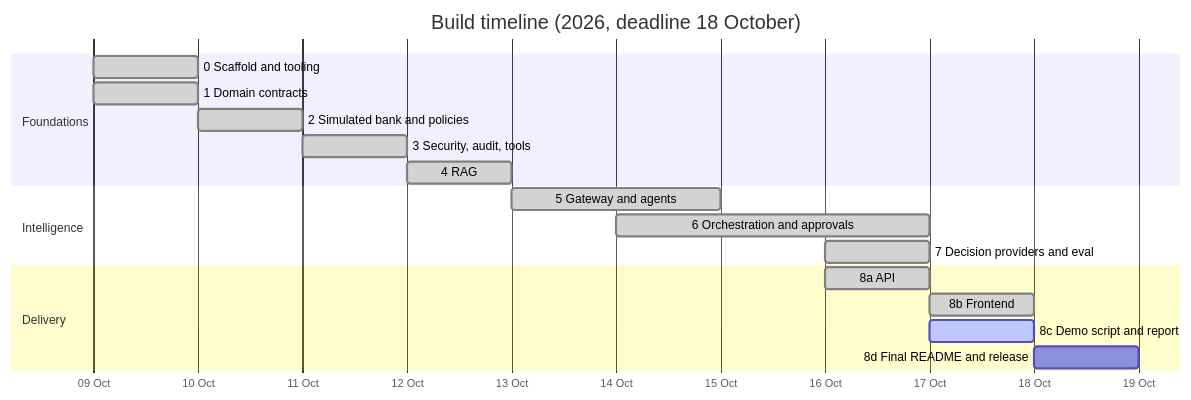
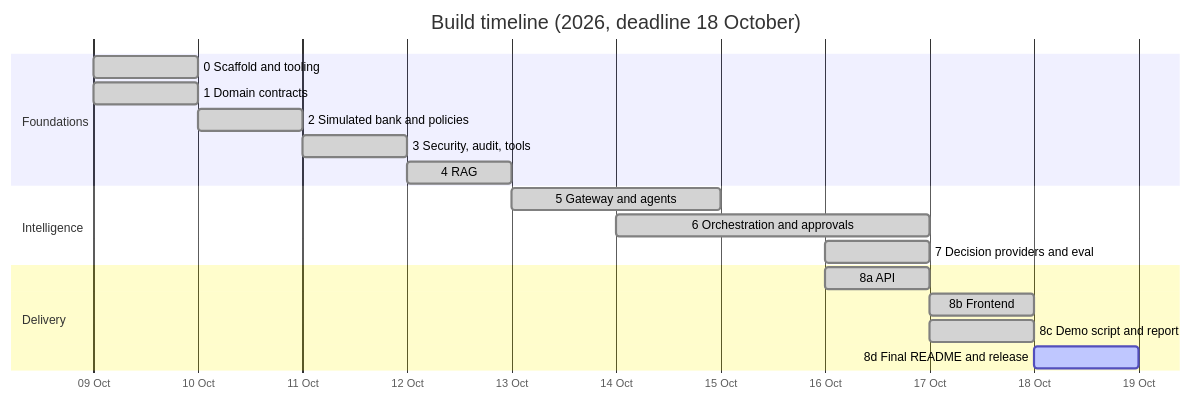
One commit to mk-2007/Agentic-Banking changed the sixth of 6 diagrams in README.md. Above: the diagram before and after it, drawn with Mermaid. The commit also changed other lines of this file and 8 other files, not shown here.

Commit message:
feat(demo): API-driven demo script, generated report and walkthrough (phase 8c)

````diff
--- a/README.md
+++ b/README.md
@@ -366,21 +366,21 @@
 ```mermaid
 gantt
     title Build timeline (2026, deadline 18 October)
     dateFormat YYYY-MM-DD
     axisFormat %d %b
     section Foundations
     0 Scaffold and tooling           :done, p0, 2026-10-09, 1d
     1 Domain contracts               :done, p1, 2026-10-09, 1d
     2 Simulated bank and policies    :done, p2, 2026-10-10, 1d
     3 Security, audit, tools         :done, p3, 2026-10-11, 1d
     4 RAG                            :done, p4, 2026-10-12, 1d
     section Intelligence
     5 Gateway and agents             :done, p5, 2026-10-13, 2d
     6 Orchestration and approvals    :done, p6, 2026-10-14, 3d
     7 Decision providers and eval    :done, p7, 2026-10-16, 1d
     section Delivery
     8a API                           :done, p8a, 2026-10-16, 1d
     8b Frontend                      :done, p8b, 2026-10-17, 1d
-    8c Demo script and report        :active, p8c, 2026-10-17, 1d
-    8d Final README and release      :p8d, 2026-10-18, 1d
+    8c Demo script and report        :done, p8c, 2026-10-17, 1d
+    8d Final README and release      :active, p8d, 2026-10-18, 1d
 ```
````
